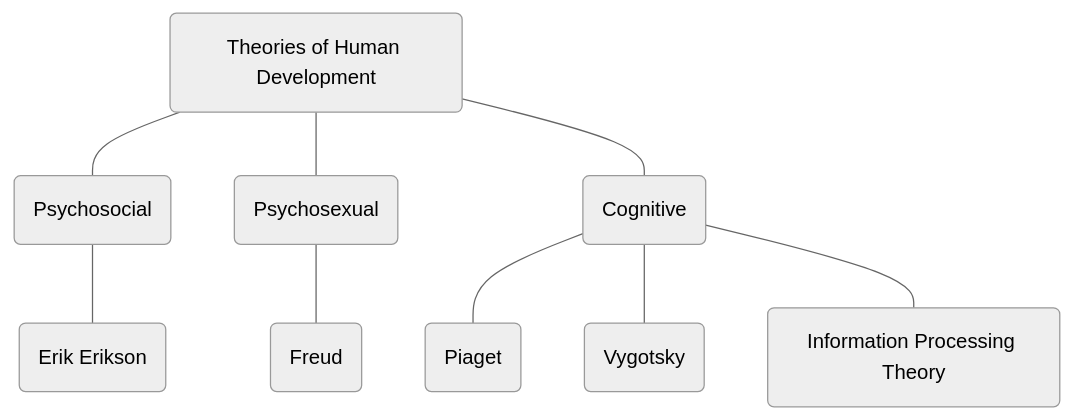
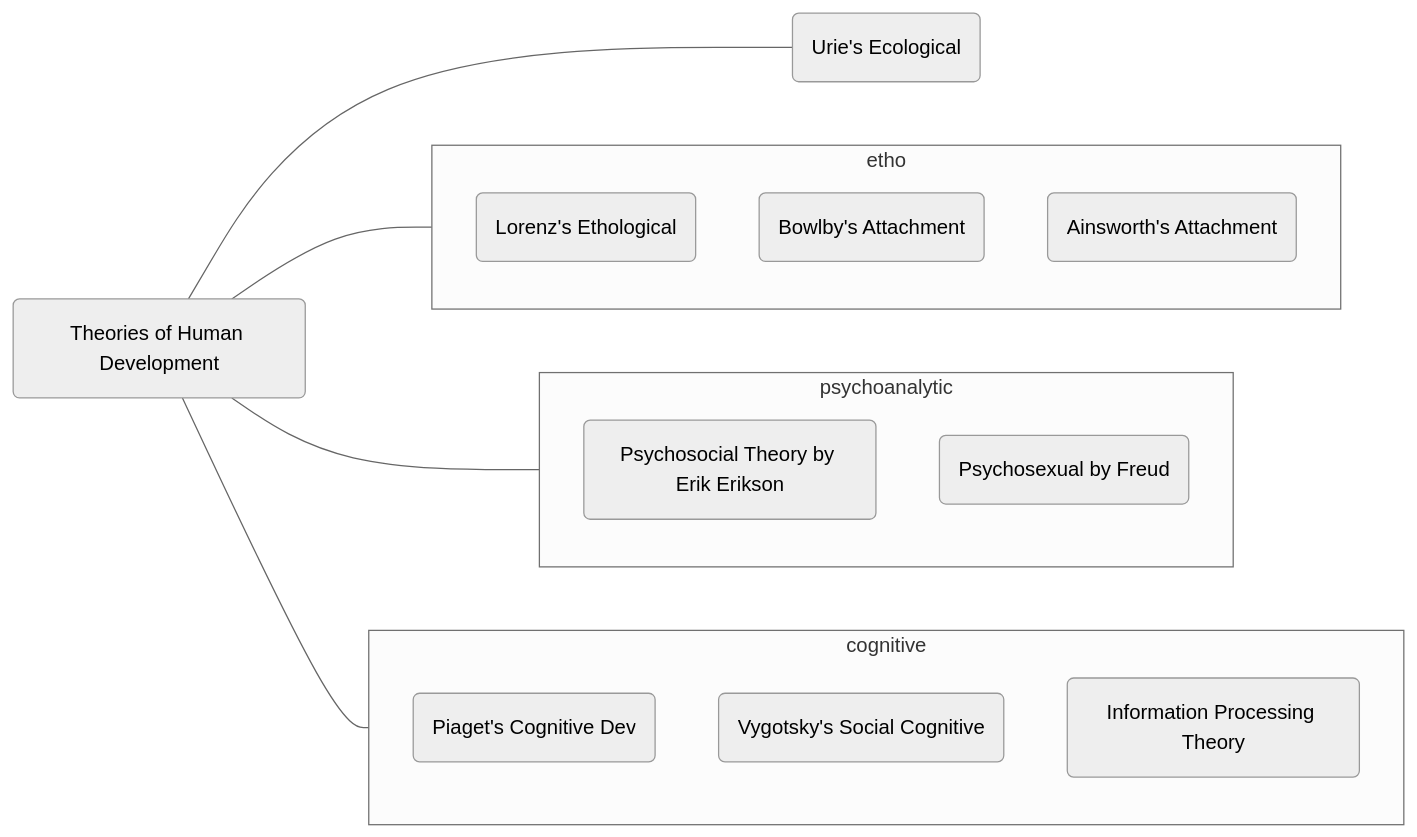
The diagram in content/Theories of Human Development.md (corvusdeinanis/cuddly-train), drawn with Mermaid (neutral theme) before and after one commit. The commit also changed other lines of this file and 10 other files, not shown here.

````diff
--- a/content/Theories of Human Development.md
+++ b/content/Theories of Human Development.md
@@ -7,9 +7,45 @@
 ```mermaid
-flowchart
-A(Theories of Human Development)---B(Psychosocial)---X(Erik Erikson)
-A---C(Psychosexual)---y(Freud)
-A---D(Cognitive)
-D---E(Piaget)
-D---F(Vygotsky)
-D---G(Information Processing Theory)
+flowchart LR
+
+A(Theories of Human Development)
+
+subgraph psychoanalytic
+
+B(Psychosocial Theory by Erik Erikson)
+
+C(Psychosexual by Freud)
+
+end
+
+  
+
+subgraph cognitive
+
+E(Piaget's Cognitive Dev)
+
+F(Vygotsky's Social Cognitive)
+
+G(Information Processing Theory)
+
+end
+
+  
+
+subgraph etho
+
+S(Lorenz's Ethological)
+
+V(Bowlby's Attachment)
+
+R(Ainsworth's Attachment)
+
+end
+
+A---etho
+
+A---Q(Urie's Ecological)
+
+A---psychoanalytic
+
+A---cognitive
 ```
````
